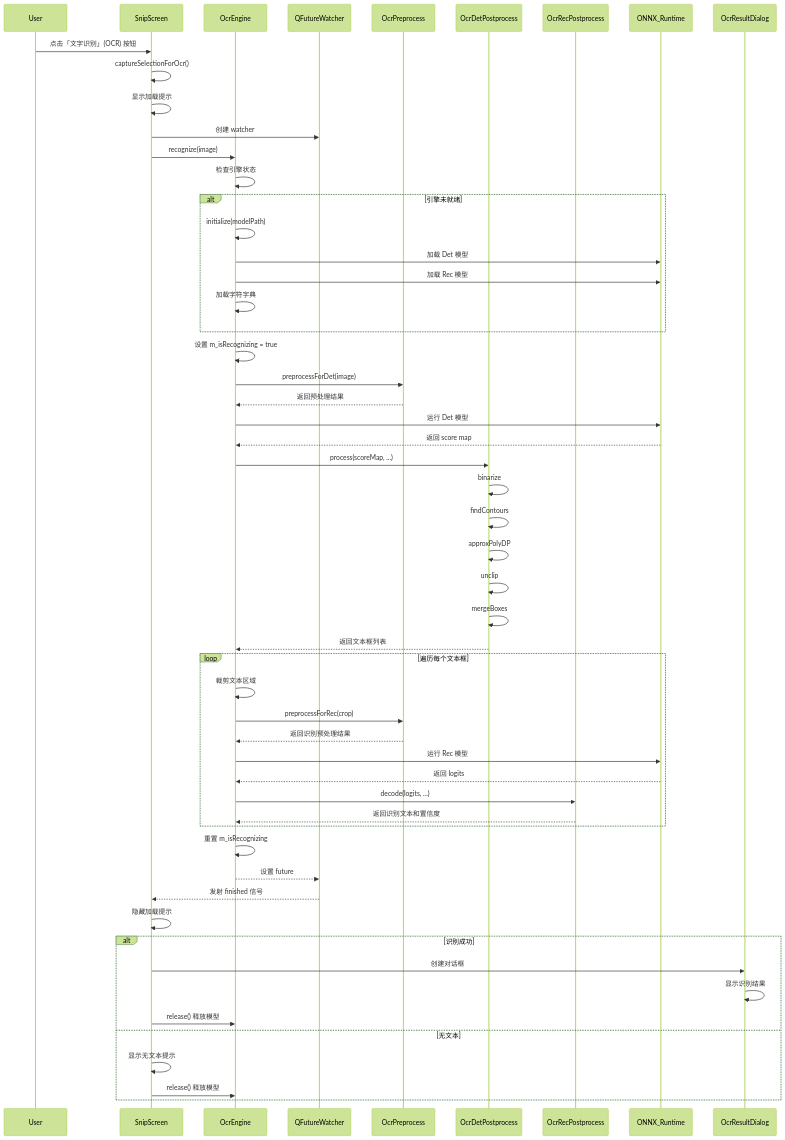
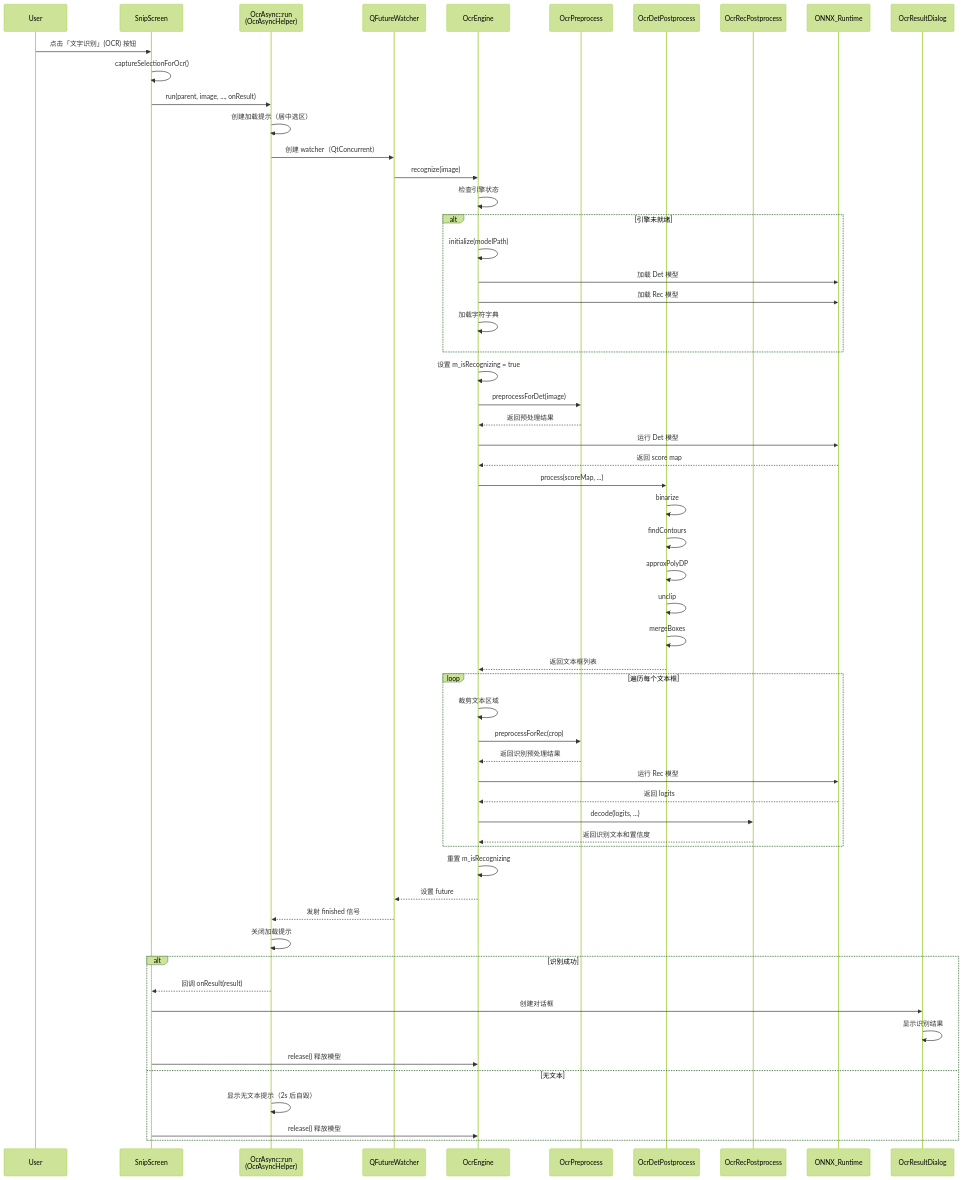
One commit to ChiangyangNPU/quick-shot changed the eighth of 11 diagrams in docs/ocr.md. Above: the diagram before and after it, drawn with Mermaid (forest theme). The commit also changed other lines of this file and 7 other files, not shown here.

````diff
--- a/docs/ocr.md
+++ b/docs/ocr.md
@@ -460,66 +467,69 @@
 ```mermaid
 sequenceDiagram
     participant User
     participant SnipScreen
+    participant OcrAsync as OcrAsync::run<br/>(OcrAsyncHelper)
+    participant QFutureWatcher
     participant OcrEngine
-    participant QFutureWatcher
     participant OcrPreprocess
     participant OcrDetPostprocess
     participant OcrRecPostprocess
     participant ONNX_Runtime
     participant OcrResultDialog
 
     User->>SnipScreen: 点击「文字识别」(OCR) 按钮
     SnipScreen->>SnipScreen: captureSelectionForOcr()
-    SnipScreen->>SnipScreen: 显示加载提示
-    SnipScreen->>QFutureWatcher: 创建 watcher
-    SnipScreen->>OcrEngine: recognize(image)
+    SnipScreen->>OcrAsync: run(parent, image, ..., onResult)
+    OcrAsync->>OcrAsync: 创建加载提示（居中选区）
+    OcrAsync->>QFutureWatcher: 创建 watcher（QtConcurrent）
+    QFutureWatcher->>OcrEngine: recognize(image)
     
     OcrEngine->>OcrEngine: 检查引擎状态
     alt 引擎未就绪
         OcrEngine->>OcrEngine: initialize(modelPath)
         OcrEngine->>ONNX_Runtime: 加载 Det 模型
         OcrEngine->>ONNX_Runtime: 加载 Rec 模型
         OcrEngine->>OcrEngine: 加载字符字典
     end
     
     OcrEngine->>OcrEngine: 设置 m_isRecognizing = true
     OcrEngine->>OcrPreprocess: preprocessForDet(image)
     OcrPreprocess-->>OcrEngine: 返回预处理结果
     
     OcrEngine->>ONNX_Runtime: 运行 Det 模型
     ONNX_Runtime-->>OcrEngine: 返回 score map
     
     OcrEngine->>OcrDetPostprocess: process(scoreMap, ...)
     OcrDetPostprocess->>OcrDetPostprocess: binarize
     OcrDetPostprocess->>OcrDetPostprocess: findContours
     OcrDetPostprocess->>OcrDetPostprocess: approxPolyDP
     OcrDetPostprocess->>OcrDetPostprocess: unclip
     OcrDetPostprocess->>OcrDetPostprocess: mergeBoxes
     OcrDetPostprocess-->>OcrEngine: 返回文本框列表
     
     loop 遍历每个文本框
         OcrEngine->>OcrEngine: 裁剪文本区域
         OcrEngine->>OcrPreprocess: preprocessForRec(crop)
         OcrPreprocess-->>OcrEngine: 返回识别预处理结果
         OcrEngine->>ONNX_Runtime: 运行 Rec 模型
         ONNX_Runtime-->>OcrEngine: 返回 logits
         OcrEngine->>OcrRecPostprocess: decode(logits, ...)
         OcrRecPostprocess-->>OcrEngine: 返回识别文本和置信度
     end
     
     OcrEngine->>OcrEngine: 重置 m_isRecognizing
     OcrEngine-->>QFutureWatcher: 设置 future
-    
-    QFutureWatcher-->>SnipScreen: 发射 finished 信号
-    SnipScreen->>SnipScreen: 隐藏加载提示
-    
+
+    QFutureWatcher-->>OcrAsync: 发射 finished 信号
+    OcrAsync->>OcrAsync: 关闭加载提示
+
     alt 识别成功
+        OcrAsync-->>SnipScreen: 回调 onResult(result)
         SnipScreen->>OcrResultDialog: 创建对话框
         OcrResultDialog->>OcrResultDialog: 显示识别结果
         SnipScreen->>OcrEngine: release() 释放模型
     else 无文本
-        SnipScreen->>SnipScreen: 显示无文本提示
+        OcrAsync->>OcrAsync: 显示无文本提示（2s 后自毁）
         SnipScreen->>OcrEngine: release() 释放模型
     end
 ```
````
